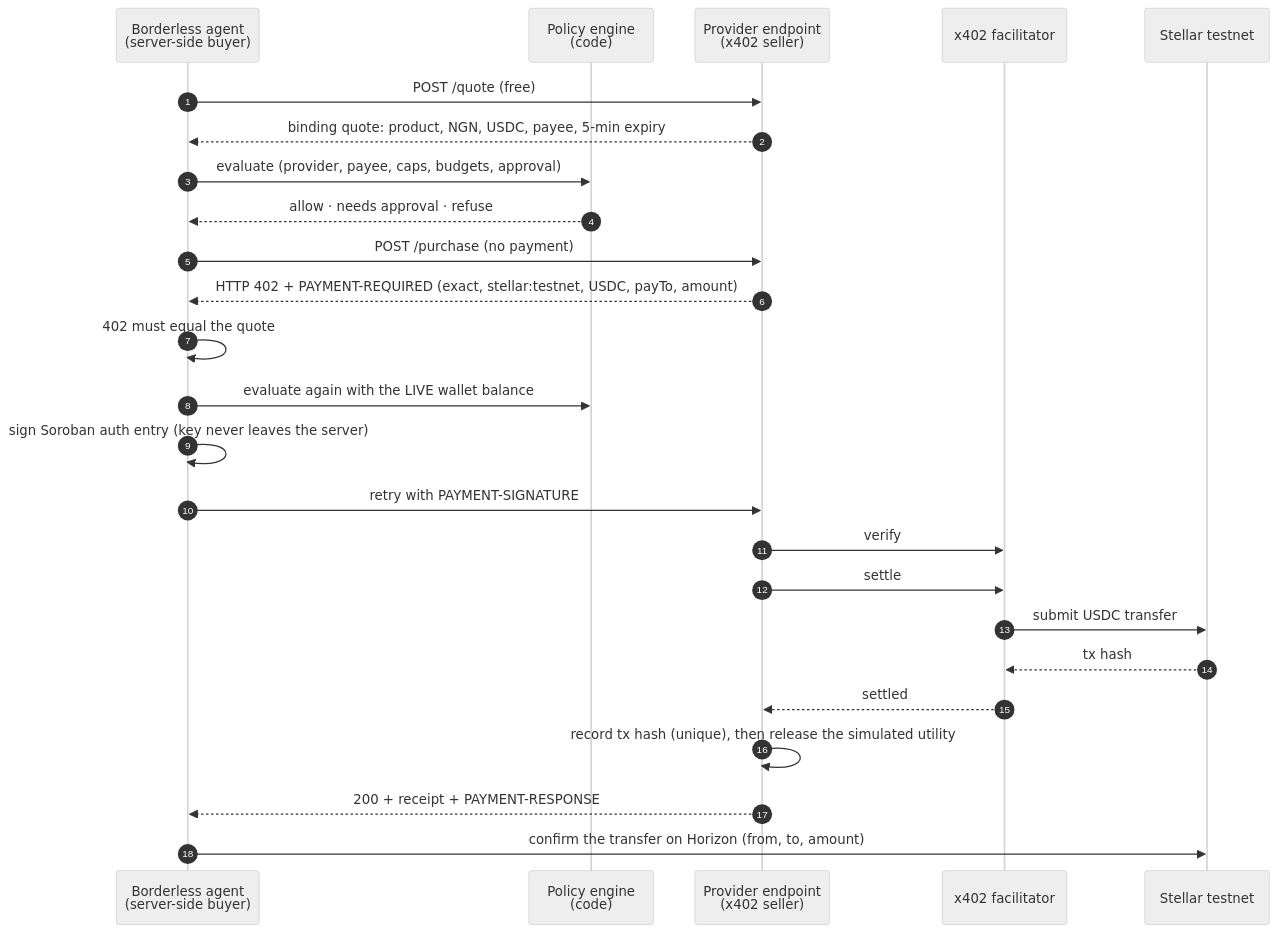
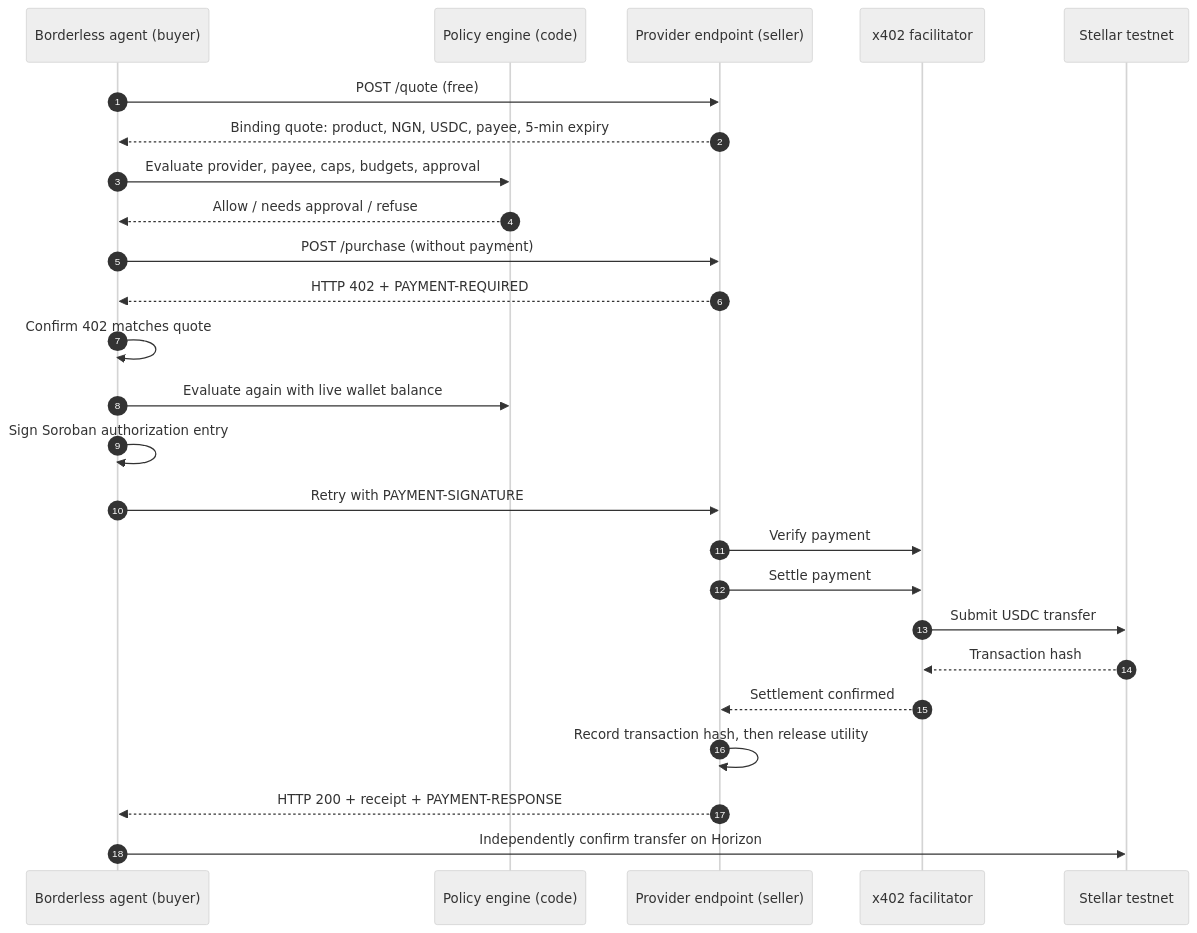
One commit to gloria2807/Borderless changed the diagram in README.md. Above: the diagram before and after it, drawn with Mermaid (neutral theme). The commit also changed other lines of this file, not shown here.

````diff
--- a/README.md
+++ b/README.md
@@ -69,27 +136,28 @@
 ```mermaid
 sequenceDiagram
     autonumber
-    participant A as Borderless agent<br/>(server-side buyer)
-    participant P as Policy engine<br/>(code)
-    participant S as Provider endpoint<br/>(x402 seller)
+    participant A as Borderless agent (buyer)
+    participant P as Policy engine (code)
+    participant S as Provider endpoint (seller)
     participant F as x402 facilitator
     participant X as Stellar testnet
+
     A->>S: POST /quote (free)
-    S-->>A: binding quote: product, NGN, USDC, payee, 5-min expiry
-    A->>P: evaluate (provider, payee, caps, budgets, approval)
-    P-->>A: allow · needs approval · refuse
-    A->>S: POST /purchase (no payment)
-    S-->>A: HTTP 402 + PAYMENT-REQUIRED (exact, stellar:testnet, USDC, payTo, amount)
-    A->>A: 402 must equal the quote
-    A->>P: evaluate again with the LIVE wallet balance
-    A->>A: sign Soroban auth entry (key never leaves the server)
-    A->>S: retry with PAYMENT-SIGNATURE
-    S->>F: verify
-    S->>F: settle
-    F->>X: submit USDC transfer
-    X-->>F: tx hash
-    F-->>S: settled
-    S->>S: record tx hash (unique), then release the simulated utility
-    S-->>A: 200 + receipt + PAYMENT-RESPONSE
-    A->>X: confirm the transfer on Horizon (from, to, amount)
+    S-->>A: Binding quote: product, NGN, USDC, payee, 5-min expiry
+    A->>P: Evaluate provider, payee, caps, budgets, approval
+    P-->>A: Allow / needs approval / refuse
+    A->>S: POST /purchase (without payment)
+    S-->>A: HTTP 402 + PAYMENT-REQUIRED
+    A->>A: Confirm 402 matches quote
+    A->>P: Evaluate again with live wallet balance
+    A->>A: Sign Soroban authorization entry
+    A->>S: Retry with PAYMENT-SIGNATURE
+    S->>F: Verify payment
+    S->>F: Settle payment
+    F->>X: Submit USDC transfer
+    X-->>F: Transaction hash
+    F-->>S: Settlement confirmed
+    S->>S: Record transaction hash, then release utility
+    S-->>A: HTTP 200 + receipt + PAYMENT-RESPONSE
+    A->>X: Independently confirm transfer on Horizon
 ```
````
